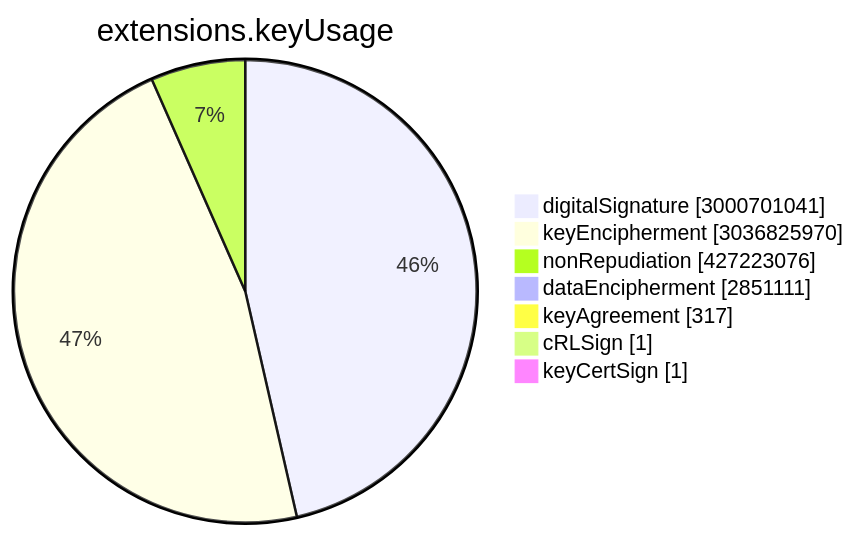
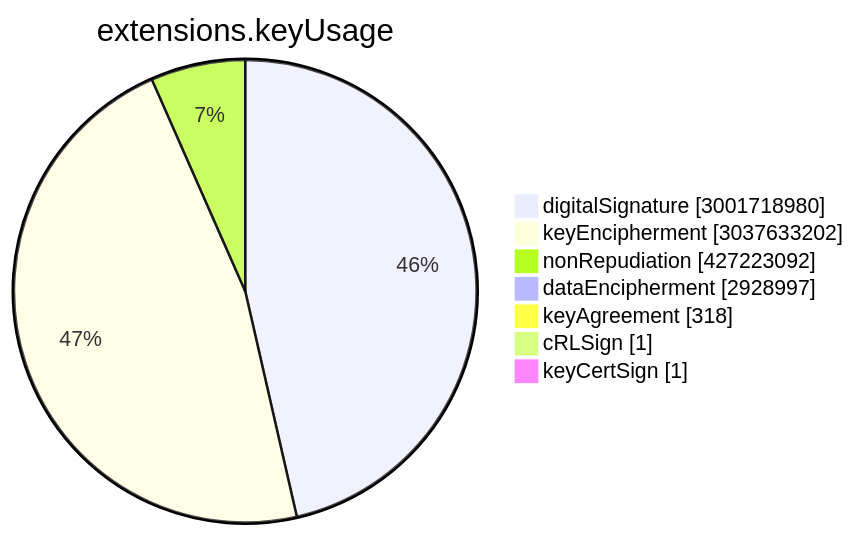
Before and after one commit to christiankrug/ctmonitor_visualization: the sixth of 15 diagrams in TOTAL/README.md, drawn with Mermaid. The commit also changed other lines of this file, not shown here.

````diff
--- a/TOTAL/README.md
+++ b/TOTAL/README.md
@@ -3073,11 +3074,11 @@
 ```mermaid
 pie showData
 title extensions.keyUsage
-"digitalSignature" :3000701041
-"keyEncipherment" :3036825970
-"nonRepudiation" :427223076
-"dataEncipherment" :2851111
-"keyAgreement" :317
+"digitalSignature" :3001718980
+"keyEncipherment" :3037633202
+"nonRepudiation" :427223092
+"dataEncipherment" :2928997
+"keyAgreement" :318
 "cRLSign" :1
 "keyCertSign" :1
 ```
````
